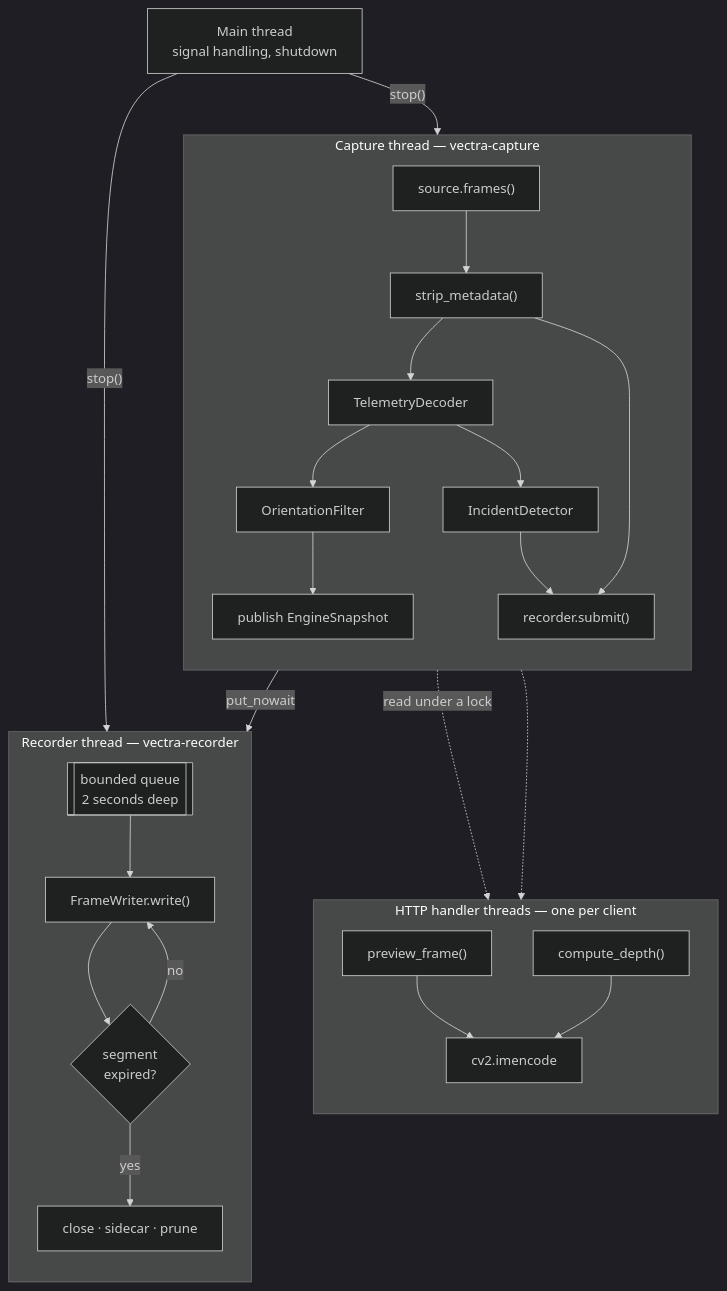
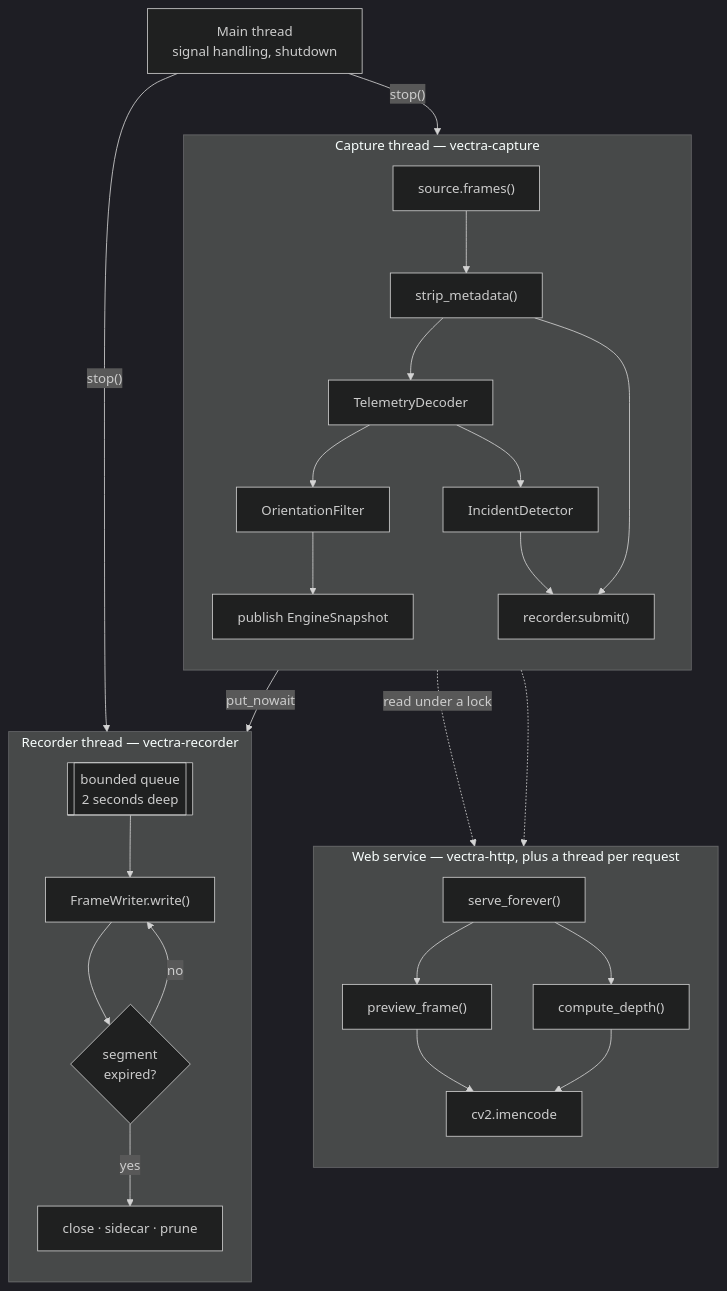
One commit to Life-Experimentalist/Vectra-180 changed the first of 4 diagrams in docs/architecture.md. Above: the diagram before and after it, drawn with Mermaid (dark theme). The commit also changed other lines of this file and 40 other files, not shown here.

````diff
--- a/docs/architecture.md
+++ b/docs/architecture.md
@@ -33,35 +34,37 @@
 ```mermaid
 flowchart TB
     subgraph capture["Capture thread — vectra-capture"]
         direction TB
         READ["source.frames()"] --> STRIP["strip_metadata()"]
         STRIP --> DECODE["TelemetryDecoder"]
         DECODE --> FILTER["OrientationFilter"]
         DECODE --> DETECT["IncidentDetector"]
         FILTER --> PUBLISH["publish EngineSnapshot"]
         DETECT --> SUBMIT["recorder.submit()"]
         STRIP --> SUBMIT
     end
 
     subgraph recorder["Recorder thread — vectra-recorder"]
         direction TB
         QUEUE[["bounded queue<br/>2 seconds deep"]] --> WRITE["FrameWriter.write()"]
         WRITE --> ROLL{"segment<br/>expired?"}
         ROLL -->|yes| CLOSE["close · sidecar · prune"]
         ROLL -->|no| WRITE
     end
 
-    subgraph http["HTTP handler threads — one per client"]
+    subgraph http["Web service — vectra-http, plus a thread per request"]
         direction TB
-        SNAP["preview_frame()"] --> JPEG["cv2.imencode"]
-        DEPTH["compute_depth()"] --> JPEG
+        ACCEPT["serve_forever()"] --> SNAP["preview_frame()"]
+        SNAP --> JPEG["cv2.imencode"]
+        ACCEPT --> DEPTH["compute_depth()"]
+        DEPTH --> JPEG
     end
 
     MAIN["Main thread<br/>signal handling, shutdown"]
 
     SUBMIT -->|"put_nowait"| QUEUE
     PUBLISH -.->|"read under a lock"| SNAP
     PUBLISH -.-> DEPTH
     MAIN -->|"stop()"| capture
     MAIN -->|"stop()"| recorder
 ```
````
